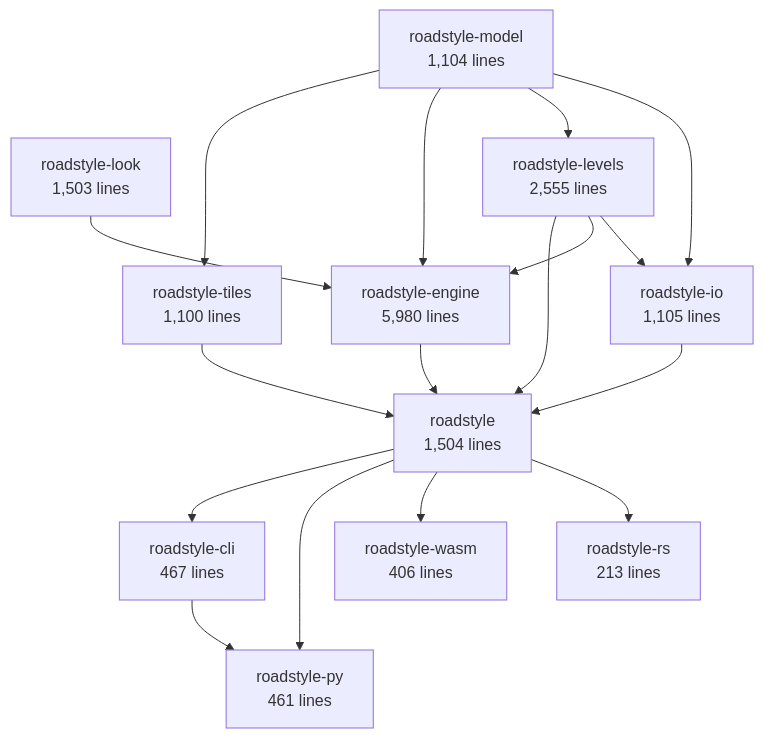
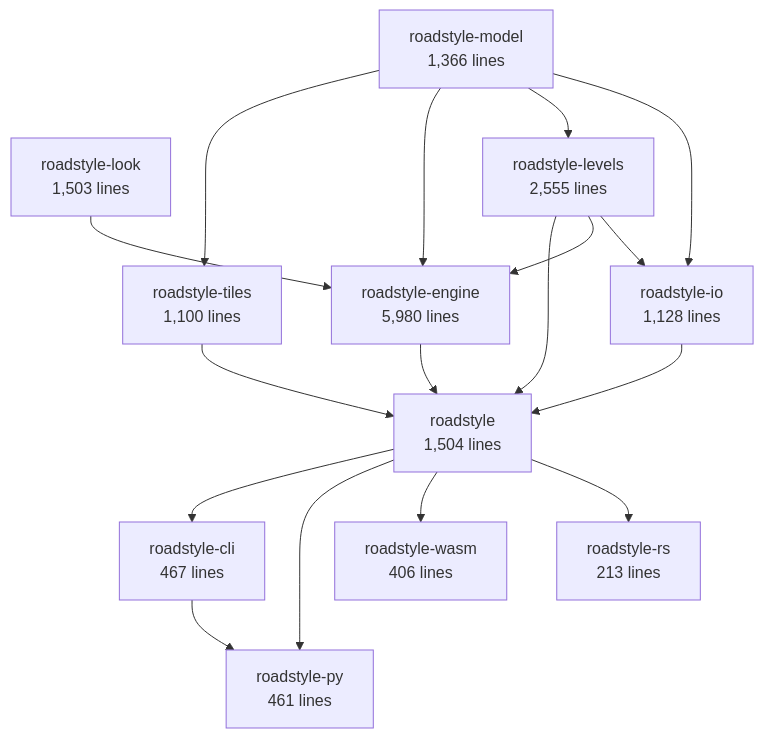
One commit to Khoshkhah/roadstyle changed the second of 6 diagrams in docs/rust/architecture.md. Above: the diagram before and after it, drawn with Mermaid. The commit also changed other lines of this file and 4 other files, not shown here.

````diff
--- a/docs/rust/architecture.md
+++ b/docs/rust/architecture.md
@@ -69,30 +69,30 @@
 ```mermaid
 flowchart TB
-    roadstyle_model["roadstyle-model<br/>1,104 lines"]
+    roadstyle_model["roadstyle-model<br/>1,366 lines"]
     roadstyle_look["roadstyle-look<br/>1,503 lines"]
-    roadstyle_io["roadstyle-io<br/>1,105 lines"]
+    roadstyle_io["roadstyle-io<br/>1,128 lines"]
     roadstyle_levels["roadstyle-levels<br/>2,555 lines"]
     roadstyle_engine["roadstyle-engine<br/>5,980 lines"]
     roadstyle_tiles["roadstyle-tiles<br/>1,100 lines"]
     roadstyle["roadstyle<br/>1,504 lines"]
     roadstyle_rs["roadstyle-rs<br/>213 lines"]
     roadstyle_wasm["roadstyle-wasm<br/>406 lines"]
     roadstyle_py["roadstyle-py<br/>461 lines"]
     roadstyle_cli["roadstyle-cli<br/>467 lines"]
     roadstyle_levels --> roadstyle_io
     roadstyle_model --> roadstyle_io
     roadstyle_model --> roadstyle_levels
     roadstyle_levels --> roadstyle_engine
     roadstyle_look --> roadstyle_engine
     roadstyle_model --> roadstyle_engine
     roadstyle_model --> roadstyle_tiles
     roadstyle_engine --> roadstyle
     roadstyle_io --> roadstyle
     roadstyle_levels --> roadstyle
     roadstyle_tiles --> roadstyle
     roadstyle --> roadstyle_rs
     roadstyle --> roadstyle_wasm
     roadstyle --> roadstyle_py
     roadstyle_cli --> roadstyle_py
     roadstyle --> roadstyle_cli
 ```
````
